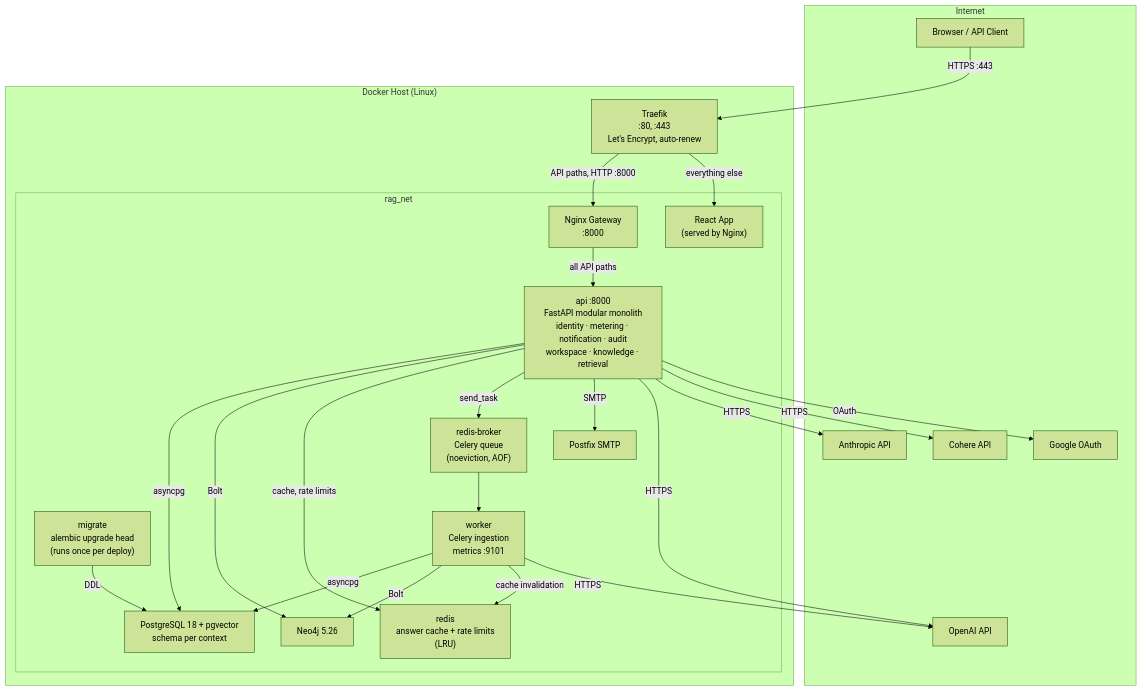
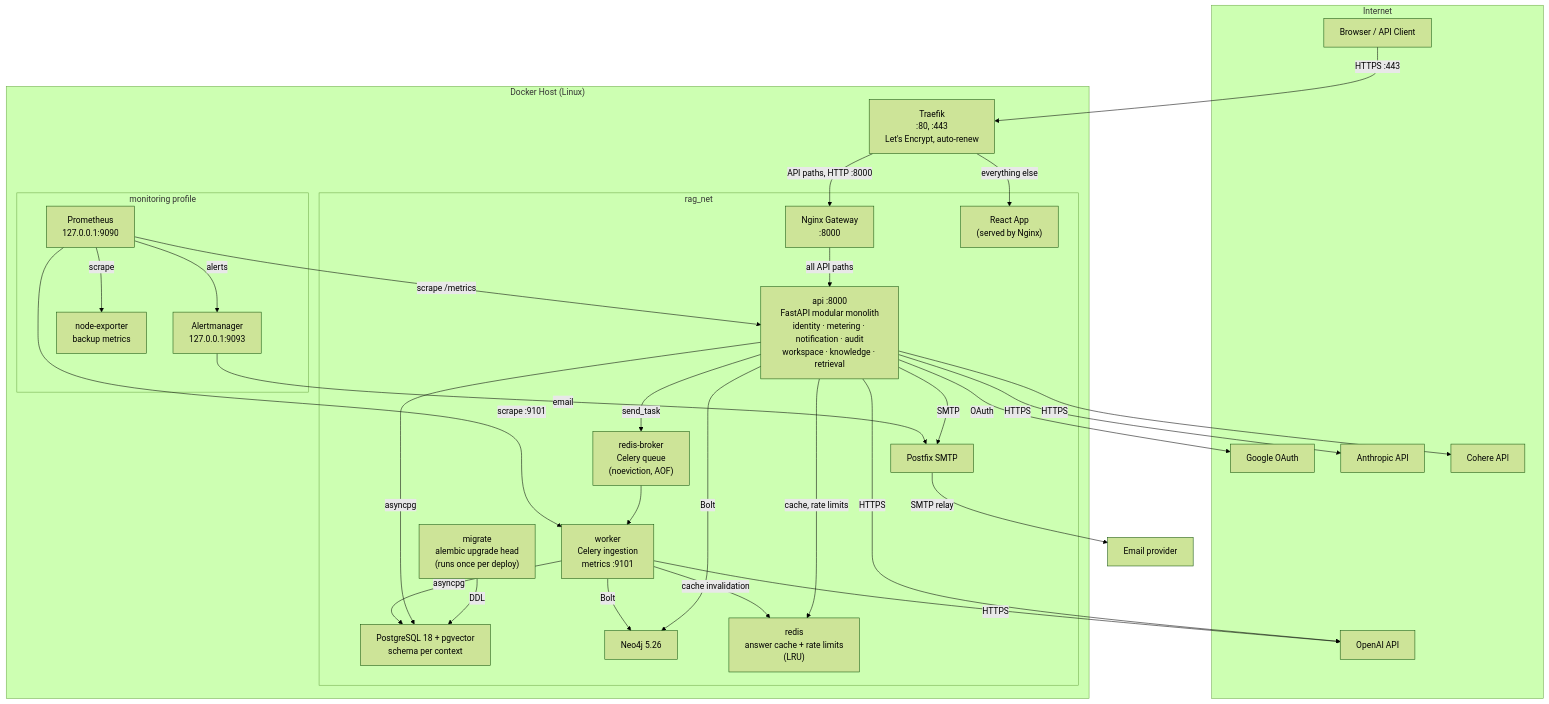
Before and after one commit to yavorm-tech/query-prism: the diagram in docs/diagrams/deployment-diagram.md, drawn with Mermaid (forest theme). The commit also changed other lines of this file and 6 other files, not shown here.

````diff
--- a/docs/diagrams/deployment-diagram.md
+++ b/docs/diagrams/deployment-diagram.md
@@ -5,49 +5,62 @@
 ```mermaid
 graph TB
     subgraph Internet
         Browser["Browser / API Client"]
         Google["Google OAuth"]
         OpenAI_API["OpenAI API"]
         Anthropic_API["Anthropic API"]
         Cohere_API["Cohere API"]
     end
 
     subgraph Host["Docker Host (Linux)"]
         Traefik["Traefik\n:80, :443\nLet's Encrypt, auto-renew"]
 
         subgraph Net["rag_net"]
             Nginx["Nginx Gateway\n:8000"]
             ReactApp["React App\n(served by Nginx)"]
             Migrate["migrate\nalembic upgrade head\n(runs once per deploy)"]
             API["api :8000\nFastAPI modular monolith\nidentity · metering · notification · audit\nworkspace · knowledge · retrieval"]
             Worker["worker\nCelery ingestion\nmetrics :9101"]
             Postgres["PostgreSQL 18 + pgvector\nschema per context"]
             Neo4j["Neo4j 5.26"]
             Redis["redis\nanswer cache + rate limits\n(LRU)"]
             Broker["redis-broker\nCelery queue\n(noeviction, AOF)"]
             Postfix["Postfix SMTP"]
         end
+
+        subgraph Mon["monitoring profile"]
+            Prom["Prometheus\n127.0.0.1:9090"]
+            AM["Alertmanager\n127.0.0.1:9093"]
+            NodeExp["node-exporter\nbackup metrics"]
+        end
     end
 
     Browser -->|HTTPS :443| Traefik
     Traefik -->|API paths, HTTP :8000| Nginx
     Traefik -->|everything else| ReactApp
     Nginx -->|all API paths| API
 
     Migrate -->|DDL| Postgres
     API -->|asyncpg| Postgres
     API -->|Bolt| Neo4j
     API -->|cache, rate limits| Redis
     API -->|send_task| Broker
     API -->|SMTP| Postfix
     API -->|HTTPS| OpenAI_API
     API -->|HTTPS| Anthropic_API
     API -->|HTTPS| Cohere_API
     API -->|OAuth| Google
 
     Broker --> Worker
     Worker -->|asyncpg| Postgres
     Worker -->|Bolt| Neo4j
     Worker -->|cache invalidation| Redis
     Worker -->|HTTPS| OpenAI_API
+
+    Prom -->|scrape /metrics| API
+    Prom -->|scrape :9101| Worker
+    Prom -->|scrape| NodeExp
+    Prom -->|alerts| AM
+    AM -->|email| Postfix
+    Postfix -->|SMTP relay| Relay["Email provider"]
 ```
````
